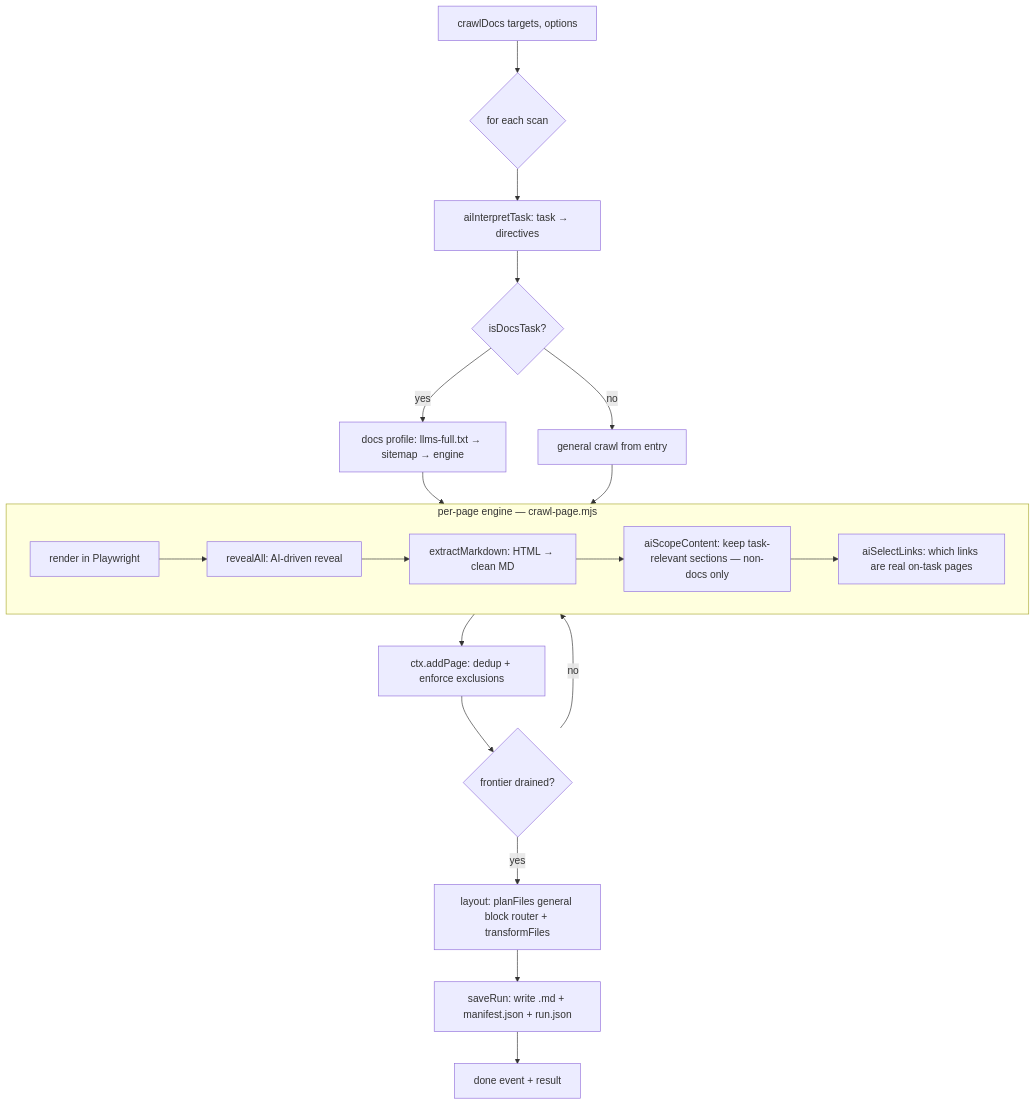
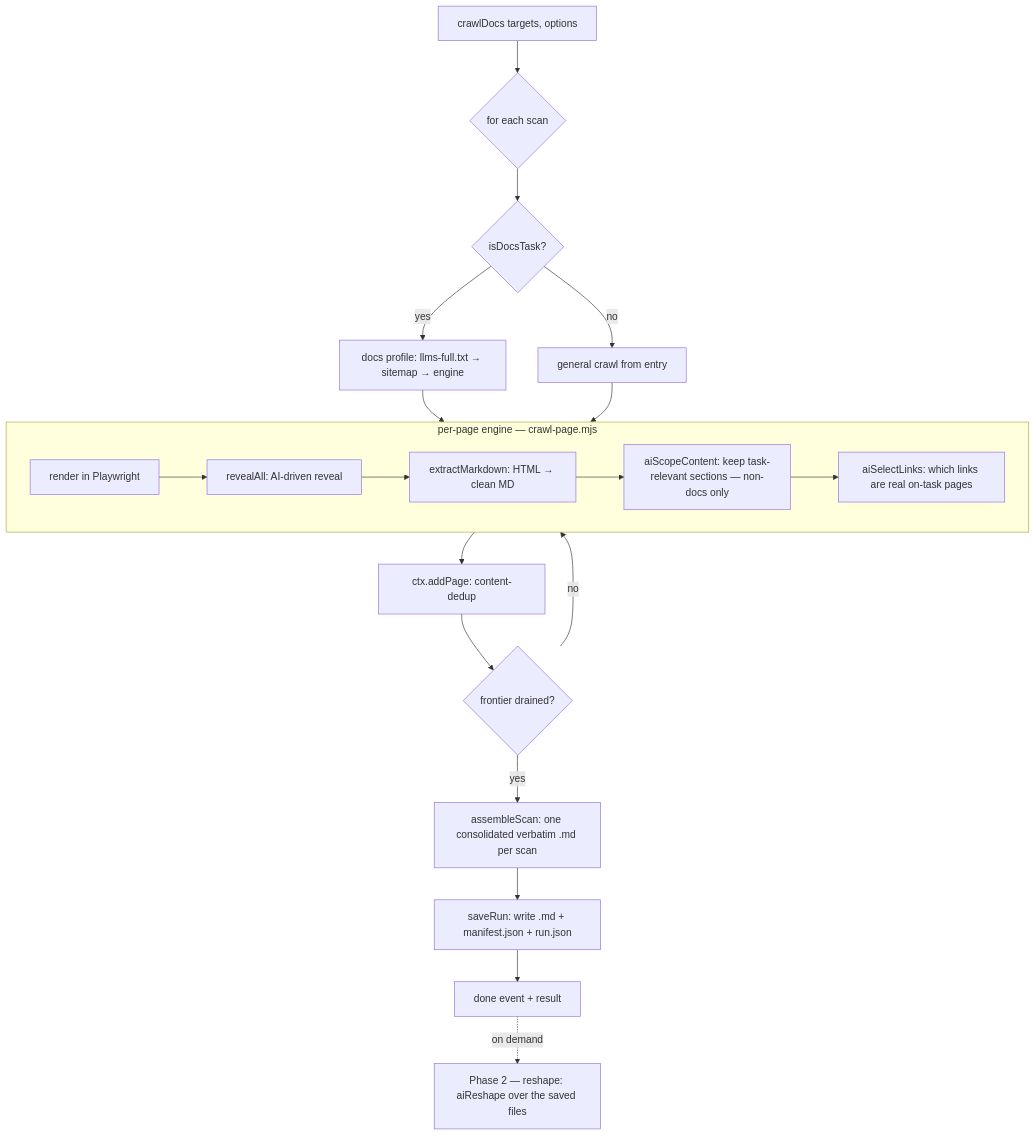
Before and after one commit to BogdanVasaiu/crawlDNA: the diagram in ARCHITECTURE.md, drawn with Mermaid. The commit also changed other lines of this file and 15 other files, not shown here.

````diff
--- a/ARCHITECTURE.md
+++ b/ARCHITECTURE.md
@@ -57,24 +61,24 @@
 ```mermaid
 flowchart TD
   A[crawlDocs targets, options] --> B{for each scan}
-  B --> C[aiInterpretTask: task → directives]
-  C --> D{isDocsTask?}
+  B --> D{isDocsTask?}
   D -- yes --> E[docs profile: llms-full.txt → sitemap → engine]
   D -- no  --> F[general crawl from entry]
   E --> G[per-page engine]
   F --> G
 
   subgraph G [per-page engine — crawl-page.mjs]
     G1[render in Playwright] --> G2[revealAll: AI-driven reveal]
     G2 --> G3[extractMarkdown: HTML → clean MD]
     G3 --> G4[aiScopeContent: keep task-relevant sections — non-docs only]
     G4 --> G5[aiSelectLinks: which links are real on-task pages]
   end
 
-  G --> H[ctx.addPage: dedup + enforce exclusions]
+  G --> H[ctx.addPage: content-dedup]
   H --> I{frontier drained?}
   I -- no --> G
-  I -- yes --> J[layout: planFiles general block router + transformFiles]
+  I -- yes --> J[assembleScan: one consolidated verbatim .md per scan]
   J --> K[saveRun: write .md + manifest.json + run.json]
   K --> L[done event + result]
+  L -. on demand .-> M[Phase 2 — reshape: aiReshape over the saved files]
 ```
````
